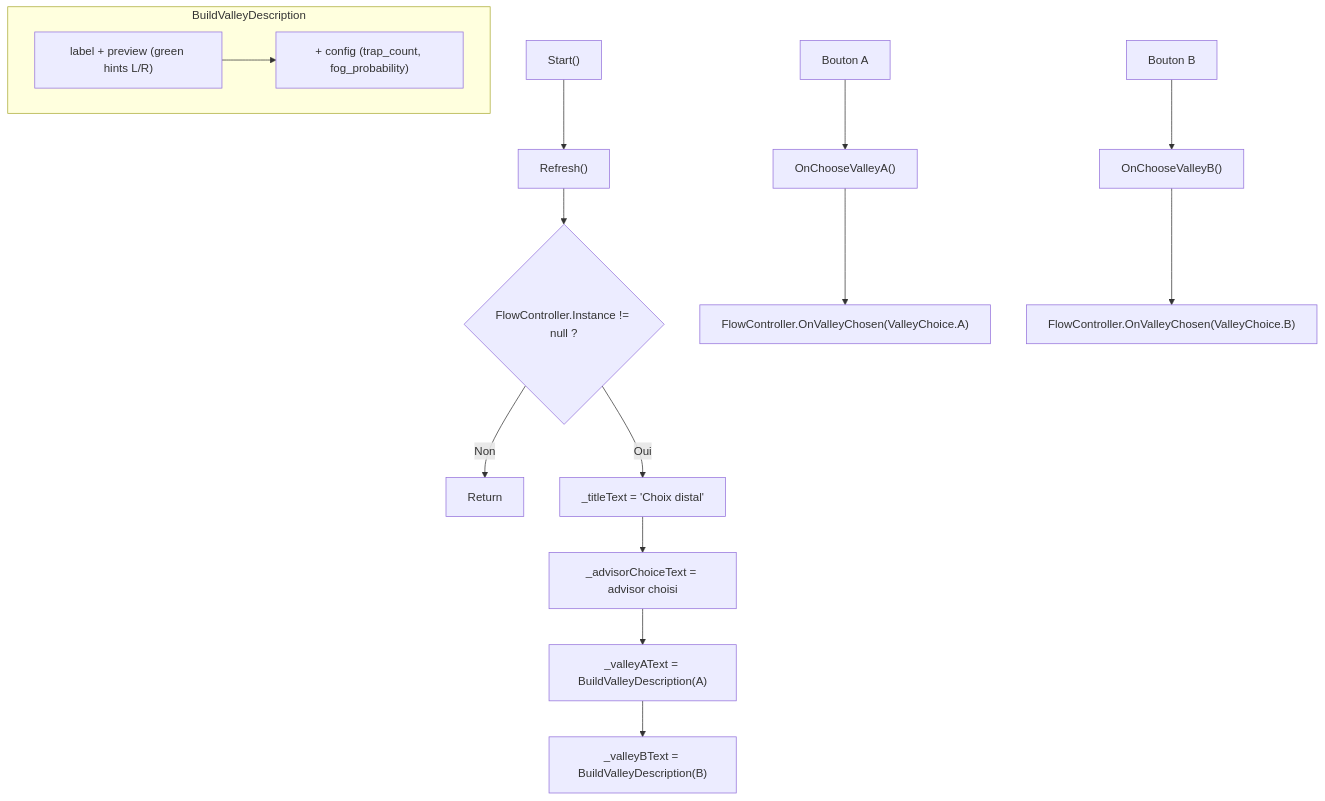
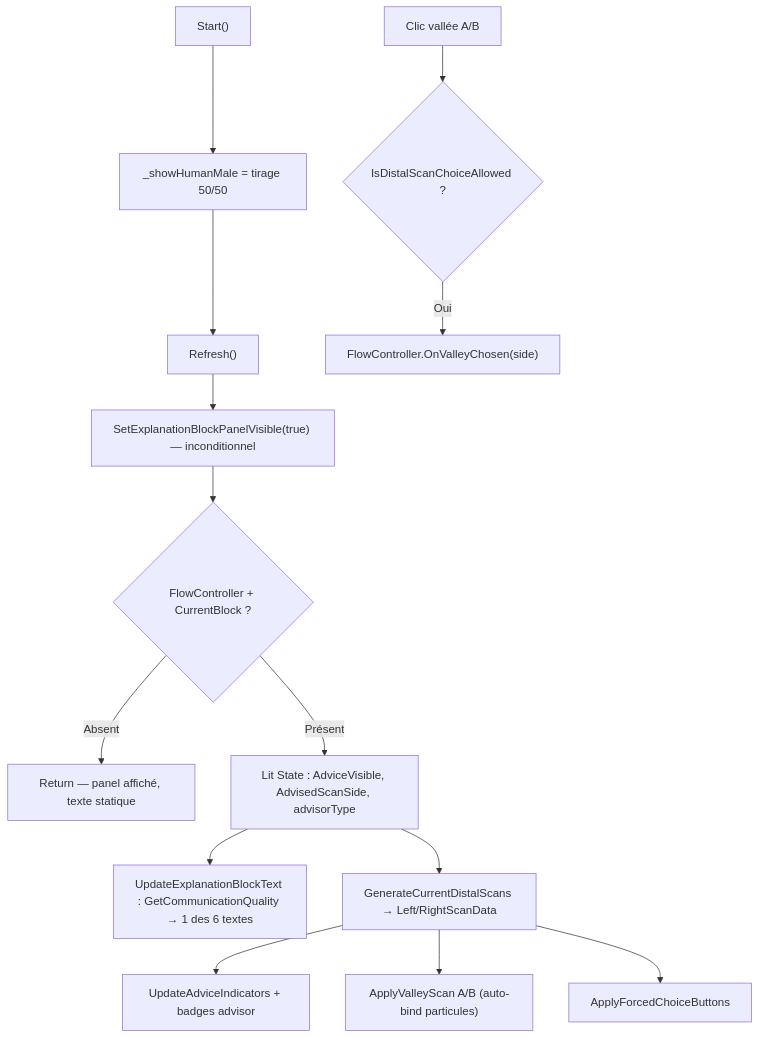
One commit to PierreChagnon/BUGS changed diagram 27 of 29 in Docs/TDD.md. Above: the diagram before and after it, drawn with Mermaid. The commit also changed other lines of this file and 7 other files, not shown here.

Commit message:
update: new communication report with dynamic text

````diff
--- a/Docs/TDD.md
+++ b/Docs/TDD.md
@@ -3103,20 +3202,17 @@
 ```mermaid
 graph TD
-    A["Start()"] --> B["Refresh()"]
-    B --> C{"FlowController.Instance != null ?"}
-    C -->|Non| D[Return]
-    C -->|Oui| E["_titleText = 'Choix distal'"]
-    E --> F["_advisorChoiceText = advisor choisi"]
-    F --> G["_valleyAText = BuildValleyDescription(A)"]
-    G --> H["_valleyBText = BuildValleyDescription(B)"]
+    A["Start()"] --> B["_showHumanMale = tirage 50/50"]
+    B --> C["Refresh()"]
+    C --> D["SetExplanationBlockPanelVisible(true) — inconditionnel"]
+    D --> E{"FlowController + CurrentBlock ?"}
+    E -->|Absent| F["Return — panel affiché, texte statique"]
+    E -->|Présent| G["Lit State : AdviceVisible, AdvisedScanSide, advisorType"]
+    G --> H["UpdateExplanationBlockText : GetCommunicationQuality → 1 des 6 textes"]
+    G --> I["GenerateCurrentDistalScans → Left/RightScanData"]
+    I --> J["UpdateAdviceIndicators + badges advisor"]
+    I --> K["ApplyValleyScan A/B (auto-bind particules)"]
+    I --> L["ApplyForcedChoiceButtons"]
 
-    subgraph "BuildValleyDescription"
-        BD1["label + preview (green hints L/R)"] --> BD2["+ config (trap_count, fog_probability)"]
-    end
-
-    I["Bouton A"] --> J["OnChooseValleyA()"]
-    J --> K["FlowController.OnValleyChosen(ValleyChoice.A)"]
-
-    L["Bouton B"] --> M["OnChooseValleyB()"]
-    M --> N["FlowController.OnValleyChosen(ValleyChoice.B)"]
+    M["Clic vallée A/B"] --> N{"IsDistalScanChoiceAllowed ?"}
+    N -->|Oui| O["FlowController.OnValleyChosen(side)"]
 ```
````
